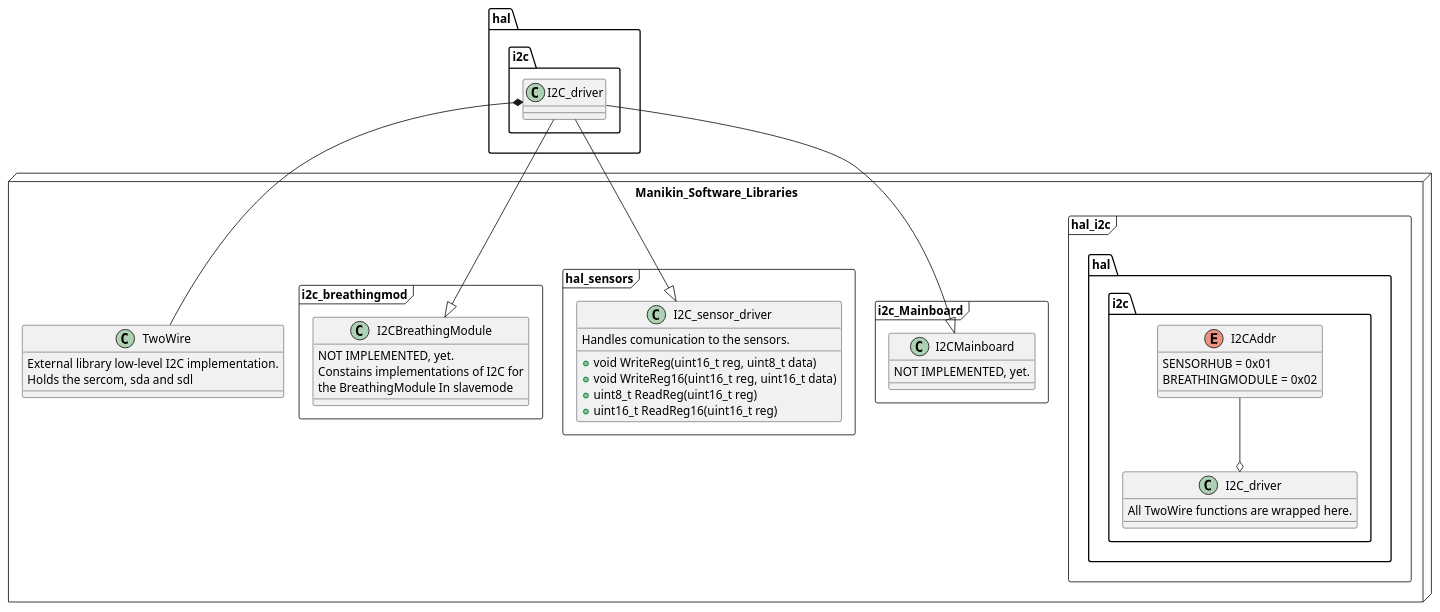
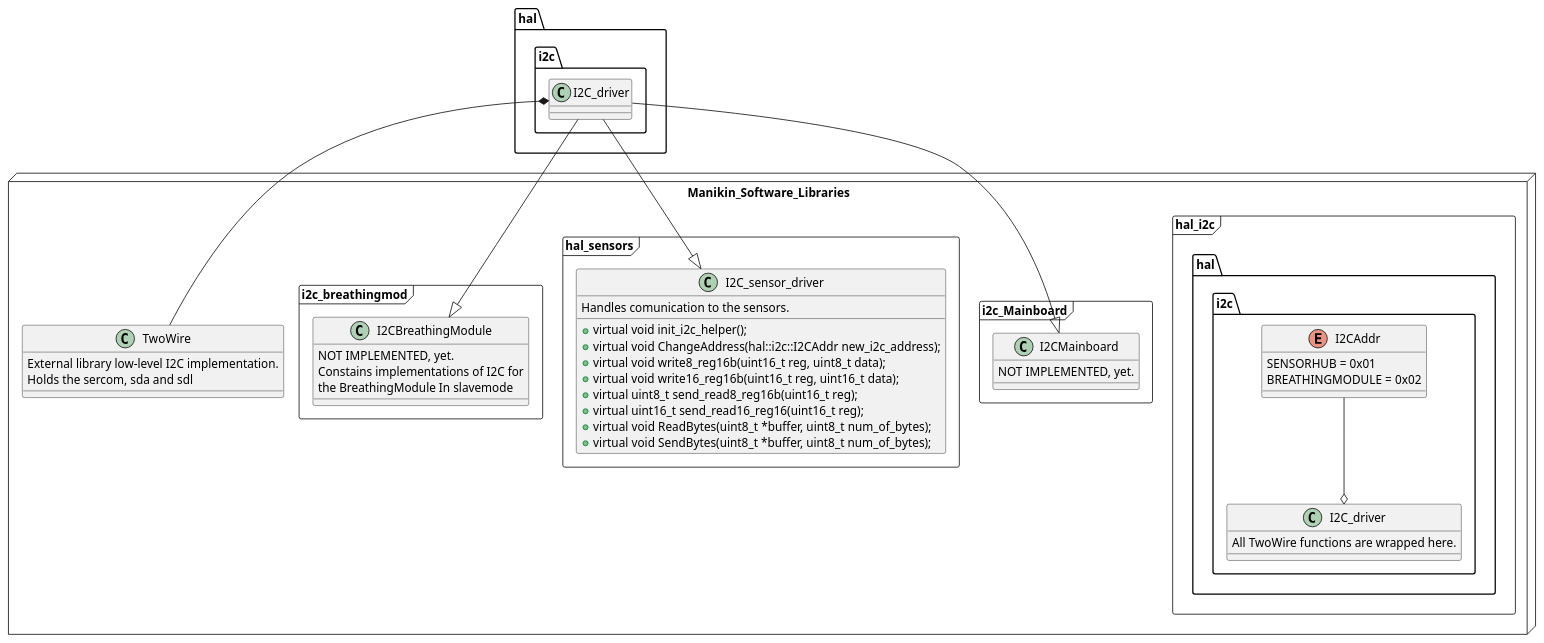
Before and after one commit to RobotPatient/Manikin_Software_Libraries: the diagram in modules/hal_i2c/docs/ClassDiagramnobase.puml, drawn with PlantUML. The commit also changed 27 other files, not shown here.

```diff
--- a/modules/hal_i2c/docs/ClassDiagramnobase.puml
+++ b/modules/hal_i2c/docs/ClassDiagramnobase.puml
@@ -29,60 +29,64 @@
 @startuml I2C
 
 set separator ::
 
 package Manikin_Software_Libraries <<Node>> {
 
     class TwoWire {
         External library low-level I2C implementation.
         Holds the sercom, sda and sdl
     }
 
 
     package hal_i2c <<frame>> {
     ' Package indicates the working directory. 
         namespace hal::i2c {
             class I2C_driver {
                 All TwoWire functions are wrapped here. 
             }
 
             enum I2CAddr {
                 SENSORHUB = 0x01
                 BREATHINGMODULE = 0x02
             }
 
             I2CAddr --o I2C_driver
         }
     }
 
     package i2c_Mainboard <<frame>> {
         class I2CMainboard {
             NOT IMPLEMENTED, yet.
         }
     }
 
     package hal_sensors <<frame>> {
         class I2C_sensor_driver {
             Handles comunication to the sensors.
-            +void WriteReg(uint16_t reg, uint8_t data)
-            +void WriteReg16(uint16_t reg, uint16_t data)
-            +uint8_t ReadReg(uint16_t reg)
-            +uint16_t ReadReg16(uint16_t reg)
+            +virtual void init_i2c_helper();
+            +virtual void ChangeAddress(hal::i2c::I2CAddr new_i2c_address);
+            +virtual void write8_reg16b(uint16_t reg, uint8_t data);
+            +virtual void write16_reg16b(uint16_t reg, uint16_t data);
+            +virtual uint8_t send_read8_reg16b(uint16_t reg);
+            +virtual uint16_t send_read16_reg16(uint16_t reg);
+            +virtual void ReadBytes(uint8_t *buffer, uint8_t num_of_bytes);
+            +virtual void SendBytes(uint8_t *buffer, uint8_t num_of_bytes);
         }
     }
 
     package i2c_breathingmod <<frame>> {
         class I2CBreathingModule {
             NOT IMPLEMENTED, yet.
             Constains implementations of I2C for
             the BreathingModule In slavemode
         }
     }
 }
 
 ' Classes Relationships.
 TwoWire --* hal::i2c::I2C_driver
 hal::i2c::I2C_driver --|> I2CMainboard
 hal::i2c::I2C_driver --|> I2C_sensor_driver
 hal::i2c::I2C_driver --|> I2CBreathingModule
 
 @enduml
```
